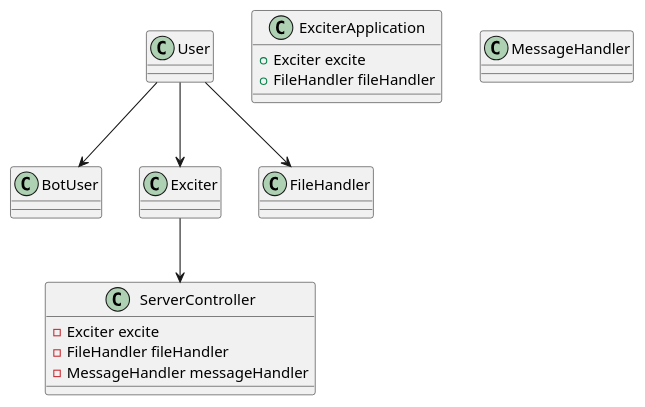
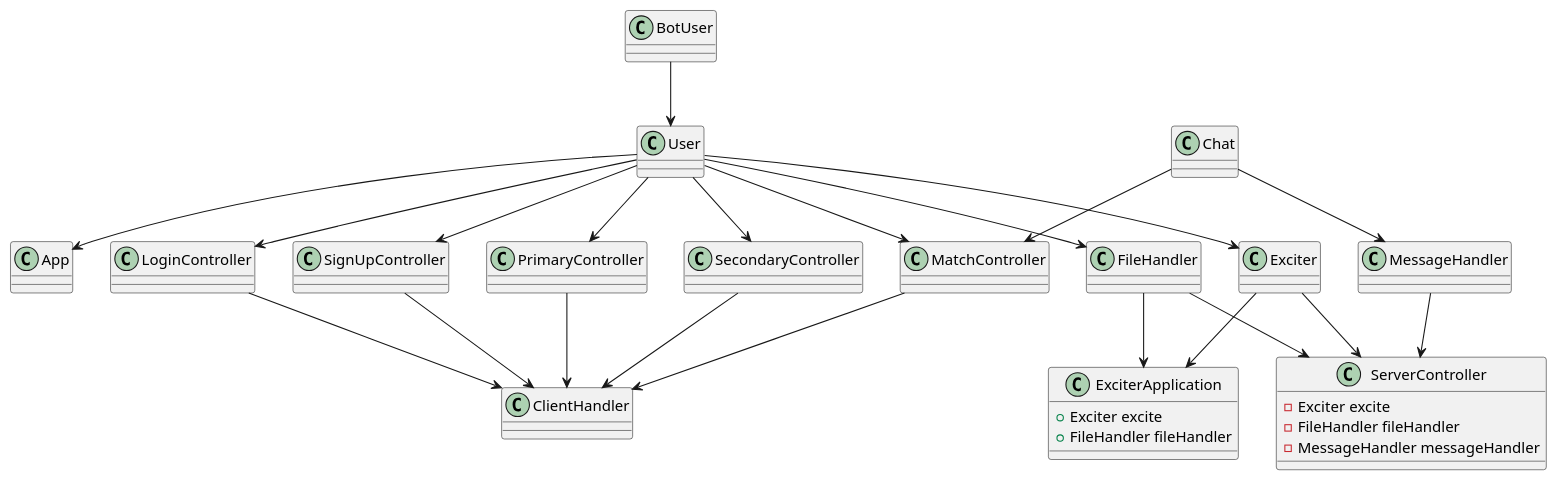
The diagram in docs/release 3/restserverDiagram.plantUML (Tordsg/Xcitr), drawn with PlantUML before and after one commit. The commit also changed 2 other files, not shown here.

Commit message:
edited diagrams and started on sequencediagram

```diff
--- a/docs/release 3/restserverDiagram.plantUML
+++ b/docs/release 3/restserverDiagram.plantUML
@@ -1,43 +1,92 @@
-@startuml 
+@startuml restserver
 
 class ServerController {
     -Exciter excite
     -FileHandler fileHandler
     -MessageHandler messageHandler
 
 }
 
 class ExciterApplication{
     +Exciter excite
     +FileHandler fileHandler
 
 }
 
 class User{
 
 }
 
 class BotUser{
 
 }
 
 class Exciter{
 
 }
 
 class FileHandler{
 
 }
 
 class MessageHandler{
     
 }
 
-User --> BotUser
+class App{
+}
+
+class ClientHandler{
+
+}
+
+class LoginController{
+
+}
+
+class SignUpController{
+
+}
+
+class PrimaryController{
+
+}
+class SecondaryController{
+
+}
+class MatchController{
+
+}
+
+class Chat{
+
+}
+
+BotUser --> User
 User -->Exciter
 Exciter --> ServerController
 User --> FileHandler
+FileHandler --> ServerController
+MessageHandler --> ServerController
+Exciter --> ExciterApplication
+FileHandler --> ExciterApplication
+User --> App
+LoginController --> ClientHandler
+SignUpController --> ClientHandler
+PrimaryController --> ClientHandler
+SecondaryController --> ClientHandler
+MatchController --> ClientHandler
+User --> LoginController
+User --> MatchController
+Chat --> MatchController
+User --> PrimaryController
+User --> SecondaryController
+User --> SignUpController
+Chat --> MessageHandler
+
+
+
 
 
 
 @enduml
```
